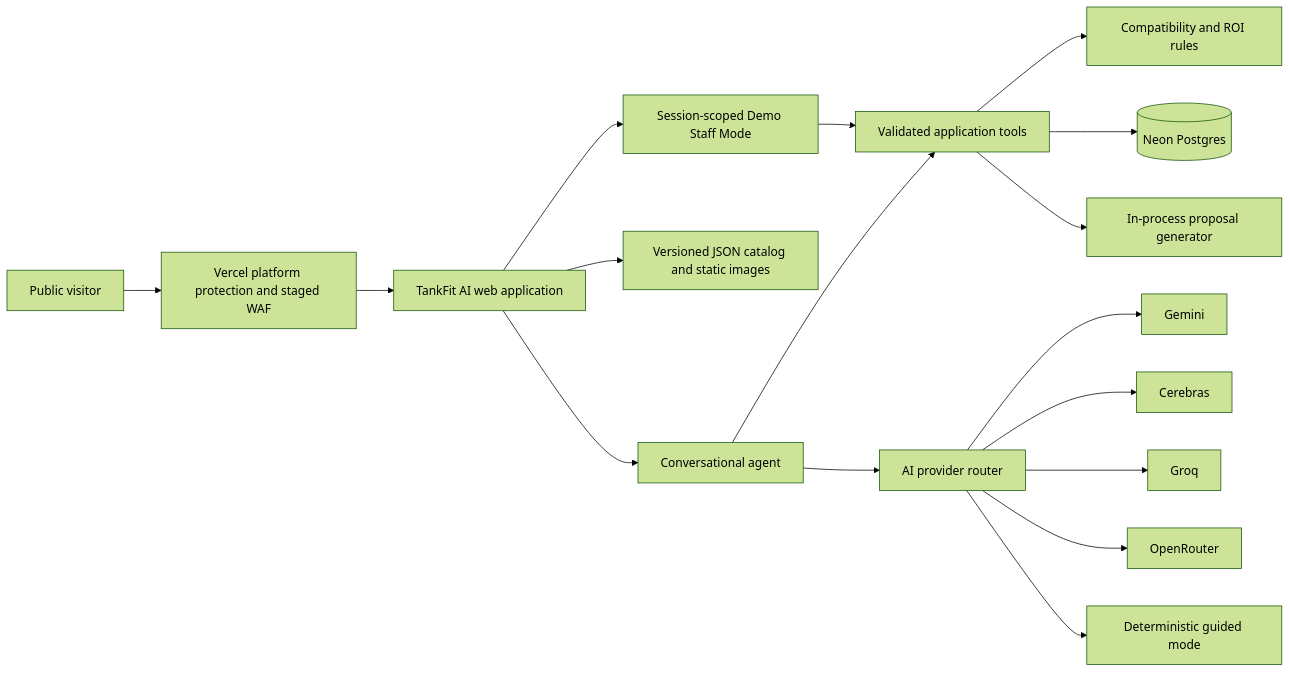
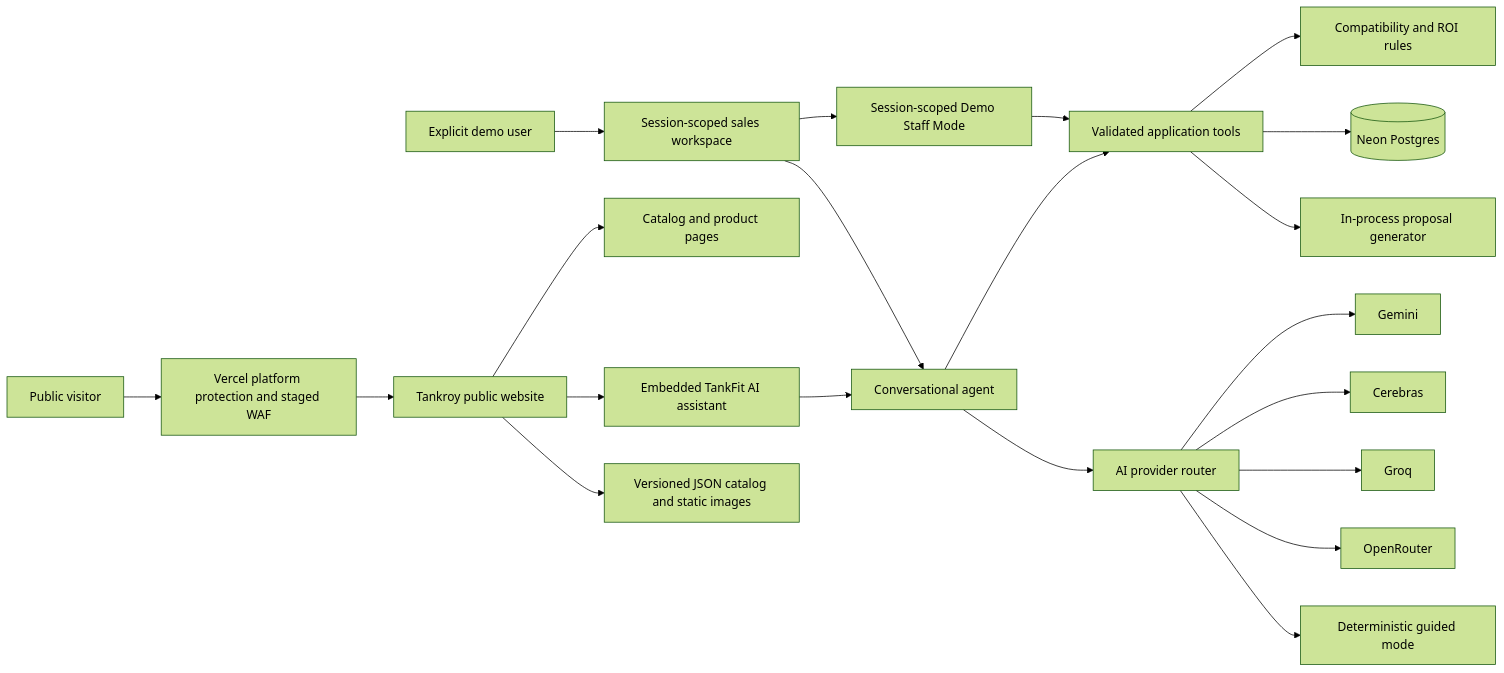
Before and after one commit to davicanada/tankfit-ai: the diagram in docs/architecture.md, drawn with Mermaid (forest theme). The commit also changed other lines of this file and 9 other files, not shown here.

Commit message:
docs: define Tankroy public and sales surfaces

````diff
--- a/docs/architecture.md
+++ b/docs/architecture.md
@@ -13,19 +13,23 @@
 ```mermaid
 flowchart LR
     Visitor[Public visitor] --> Firewall[Vercel platform protection and staged WAF]
-    Firewall --> Web[TankFit AI web application]
-    Web --> Agent[Conversational agent]
+    Firewall --> Public[Tankroy public website]
+    Public --> Widget[Embedded TankFit AI assistant]
+    Public --> Catalog[Catalog and product pages]
+    Widget --> Agent[Conversational agent]
+    Staff[Explicit demo user] --> Workspace[Session-scoped sales workspace]
+    Workspace --> Agent
     Agent --> Tools[Validated application tools]
     Tools --> Rules[Compatibility and ROI rules]
     Tools --> DB[(Neon Postgres)]
     Agent --> Router[AI provider router]
     Router --> Gemini[Gemini]
     Router --> Cerebras[Cerebras]
     Router --> Groq[Groq]
     Router --> OpenRouter[OpenRouter]
     Router --> Guided[Deterministic guided mode]
-    Web --> Catalog[Versioned JSON catalog and static images]
-    Web --> Approval[Session-scoped Demo Staff Mode]
+    Public --> Static[Versioned JSON catalog and static images]
+    Workspace --> Approval[Session-scoped Demo Staff Mode]
     Approval --> Tools
     Tools --> PDF[In-process proposal generator]
 ```
````
